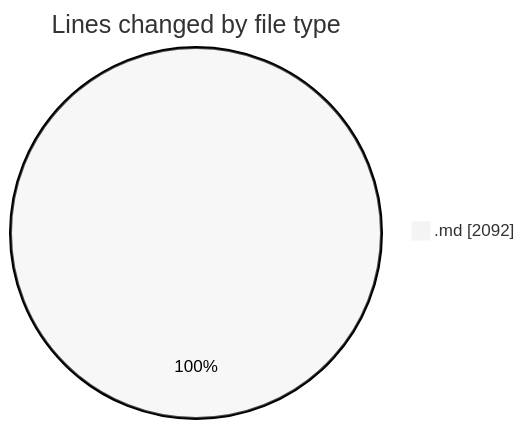
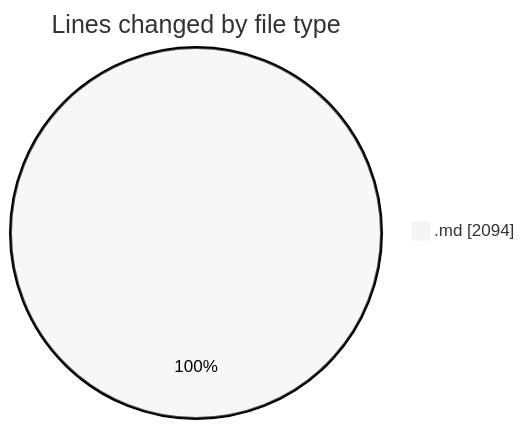
One commit to Ritupan-Deka/code-tracking changed the first of 2 diagrams in 2025-07-07/urlwebwala_intership_work/README.md. Above: the diagram before and after it, drawn with Mermaid (neutral theme). The commit also changed other lines of this file and 1 other file, not shown here.

````diff
--- a/2025-07-07/urlwebwala_intership_work/README.md
+++ b/2025-07-07/urlwebwala_intership_work/README.md
@@ -22,5 +22,5 @@
 ```mermaid
 pie showData
 title Lines changed by file type
-".md" : 2092
+".md" : 2094
 ```
````
